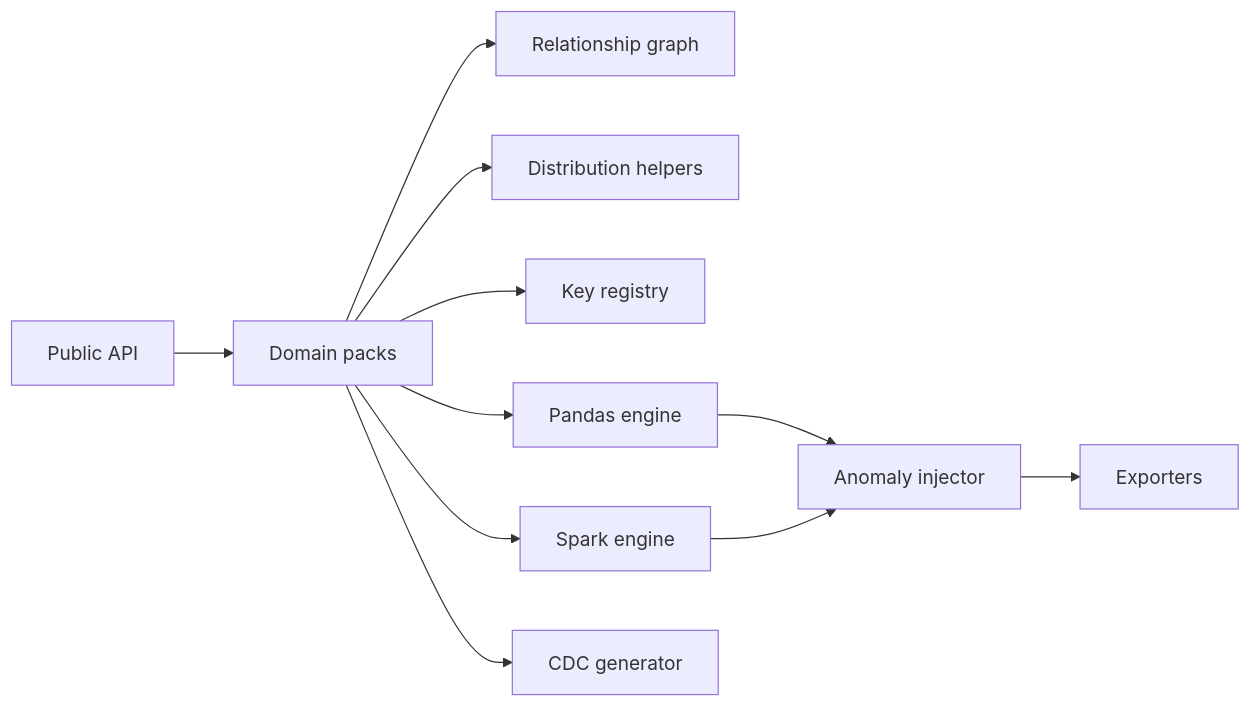
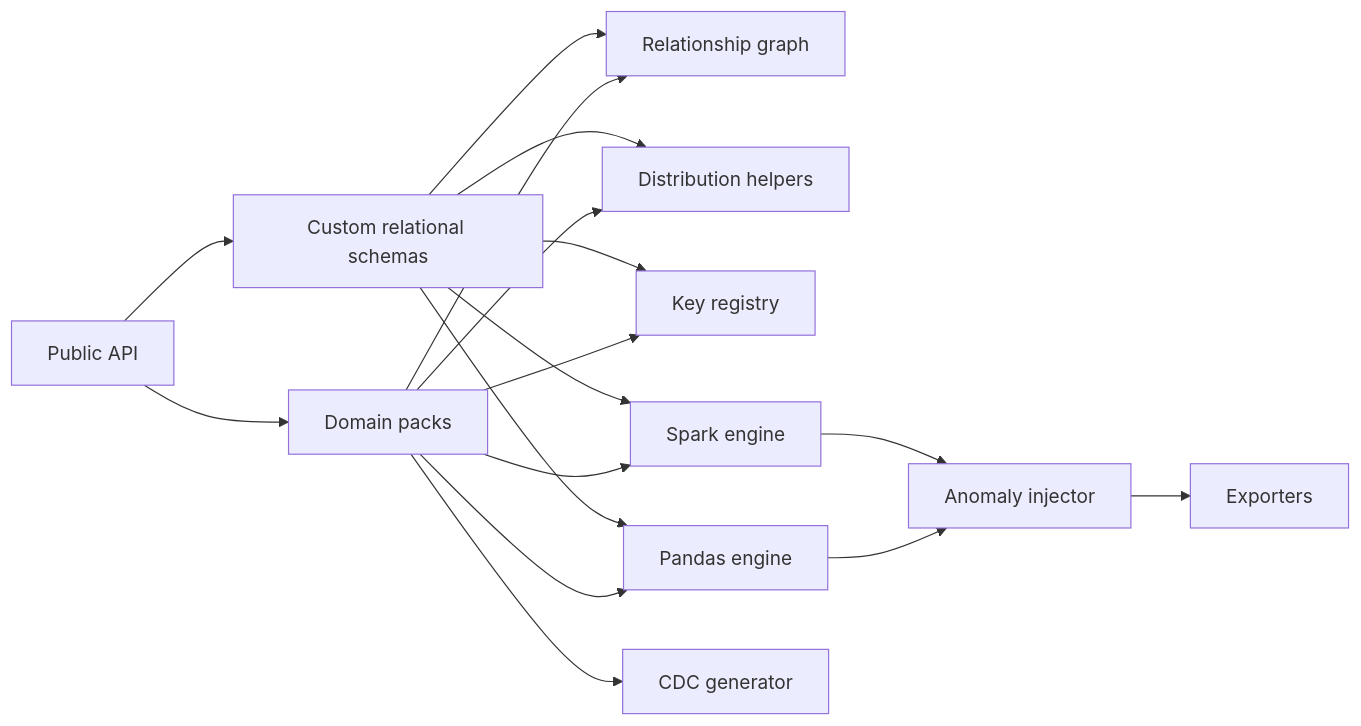
Before and after one commit to ravikiranpagidi/great-generator: the diagram in README.md, drawn with Mermaid. The commit also changed other lines of this file and 8 other files, not shown here.

Commit message:
Add custom relational schema generation

````diff
--- a/README.md
+++ b/README.md
@@ -800,13 +915,19 @@
 ```mermaid
 flowchart LR
     A["Public API"] --> B["Domain packs"]
+    A --> K["Custom relational schemas"]
     B --> C["Relationship graph"]
+    K --> C
     B --> D["Distribution helpers"]
+    K --> D
     B --> E["Key registry"]
+    K --> E
     B --> F["Pandas engine"]
     B --> G["Spark engine"]
+    K --> F
+    K --> G
     F --> H["Anomaly injector"]
     G --> H
     H --> I["Exporters"]
     B --> J["CDC generator"]
 ```
````
